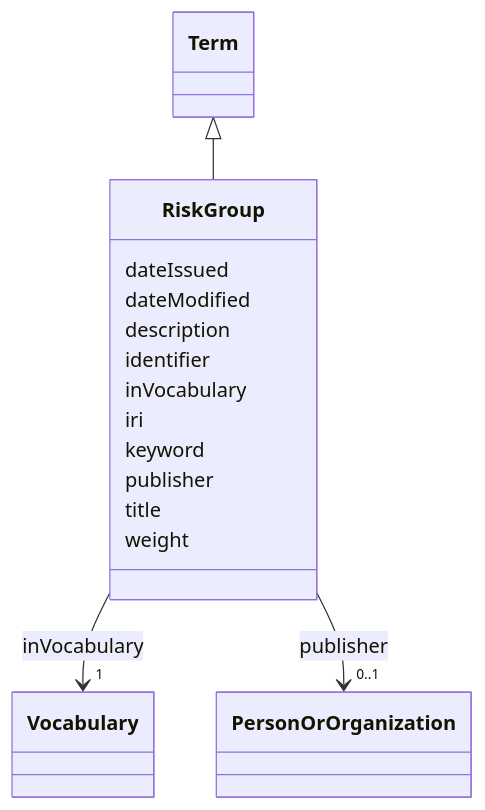
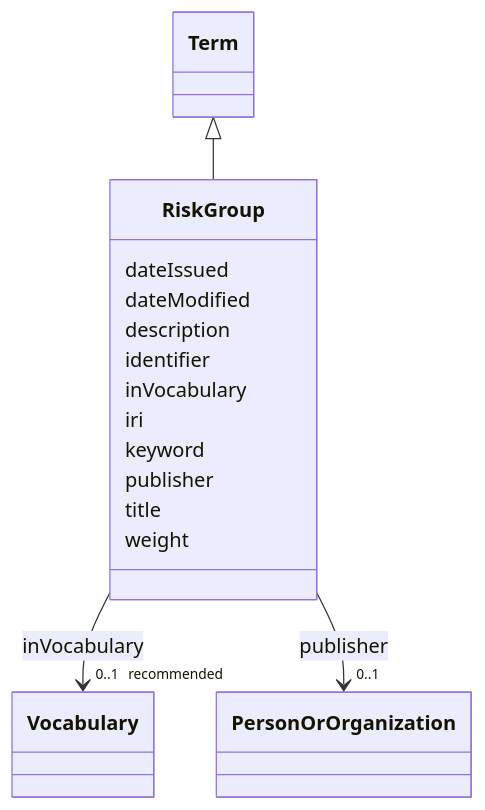
One commit to EVORA-project/evora-ontology changed the diagram in models/docs/RiskGroup.md. Above: the diagram before and after it, drawn with Mermaid. The commit also changed other lines of this file and 307 other files, not shown here.

````diff
--- a/models/docs/RiskGroup.md
+++ b/models/docs/RiskGroup.md
@@ -19,43 +19,43 @@
 ```mermaid
  classDiagram
     class RiskGroup
     click RiskGroup href "../RiskGroup"
       Term <|-- RiskGroup
         click Term href "../Term"
       
       RiskGroup : dateIssued
         
       RiskGroup : dateModified
         
       RiskGroup : description
         
       RiskGroup : identifier
         
       RiskGroup : inVocabulary
         
           
     
     
-    RiskGroup --> "1" Vocabulary : inVocabulary
+    RiskGroup --> "0..1 _recommended_" Vocabulary : inVocabulary
     click Vocabulary href "../Vocabulary"
 
         
       RiskGroup : iri
         
       RiskGroup : keyword
         
       RiskGroup : publisher
         
           
     
     
     RiskGroup --> "0..1" PersonOrOrganization : publisher
     click PersonOrOrganization href "../PersonOrOrganization"
 
         
       RiskGroup : title
         
       RiskGroup : weight
         
       
 ```
````
